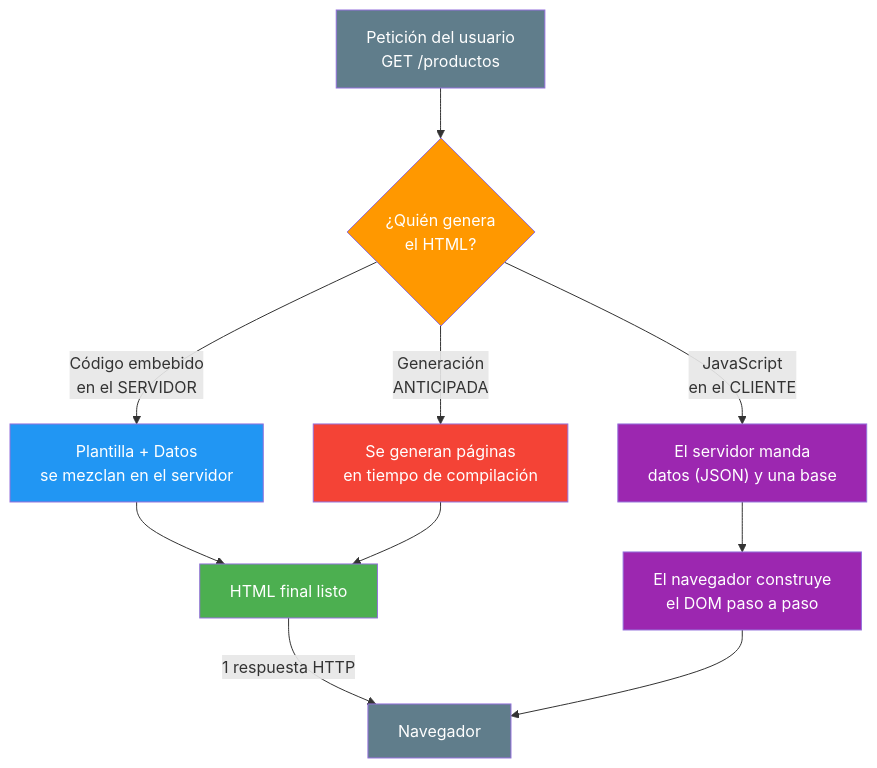
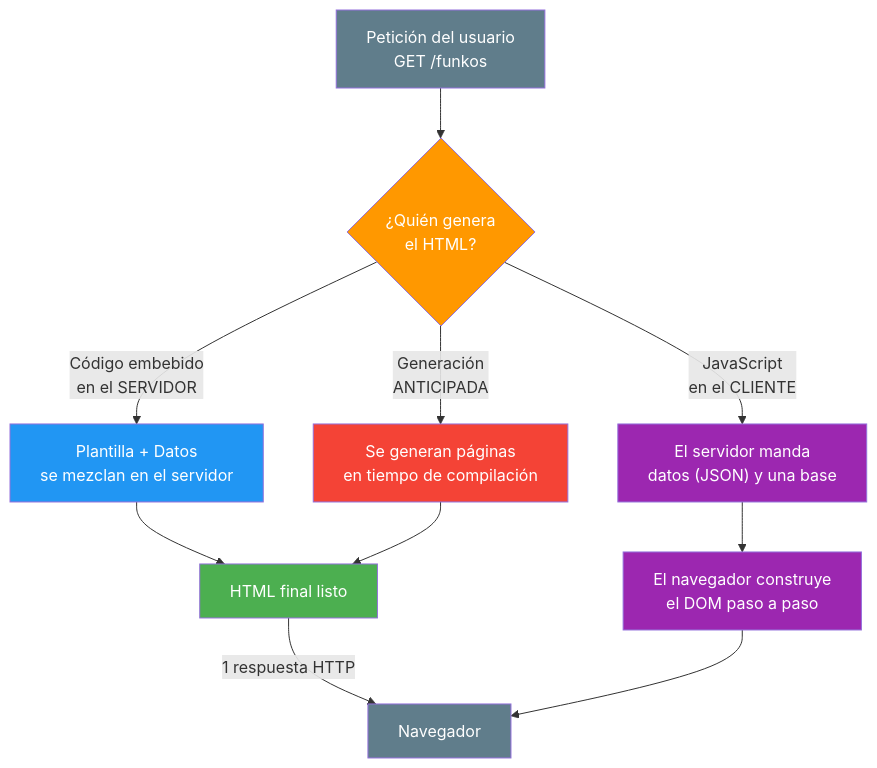
One commit to joseluisgs/DesarrolloWebEntornosServidor-03-2026-2027 changed the first of 7 diagrams in 01-razor-fundamentos.md. Above: the diagram before and after it, drawn with Mermaid. The commit also changed other lines of this file, not shown here.

First line of the commit message:
docs: replantear 01 con enfoque de gestion de Funkos y sin terminos de tienda

````diff
--- a/01-razor-fundamentos.md
+++ b/01-razor-fundamentos.md
@@ -76,24 +79,24 @@
 ```mermaid
 graph TD
-    A["Petición del usuario<br/>GET /productos"] --> B{"¿Quién genera<br/>el HTML?"}
+    A["Petición del usuario<br/>GET /funkos"] --> B{"¿Quién genera<br/>el HTML?"}
 
     B -->|"Código embebido<br/>en el SERVIDOR"| C["Plantilla + Datos<br/>se mezclan en el servidor"]
     C --> D["HTML final listo"]
     D -->|"1 respuesta HTTP"| E["Navegador"]
 
     B -->|"JavaScript<br/>en el CLIENTE"| F["El servidor manda<br/>datos (JSON) y una base"]
     F --> G["El navegador construye<br/>el DOM paso a paso"]
     G --> E
 
     B -->|"Generación<br/>ANTICIPADA"| H["Se generan páginas<br/>en tiempo de compilación"]
     H --> D
 
     style A fill:#607D8B,color:#fff
     style B fill:#FF9800,color:#fff
     style C fill:#2196F3,color:#fff
     style D fill:#4CAF50,color:#fff
     style E fill:#607D8B,color:#fff
     style F fill:#9C27B0,color:#fff
     style G fill:#9C27B0,color:#fff
     style H fill:#f44336,color:#fff
 ```
````
